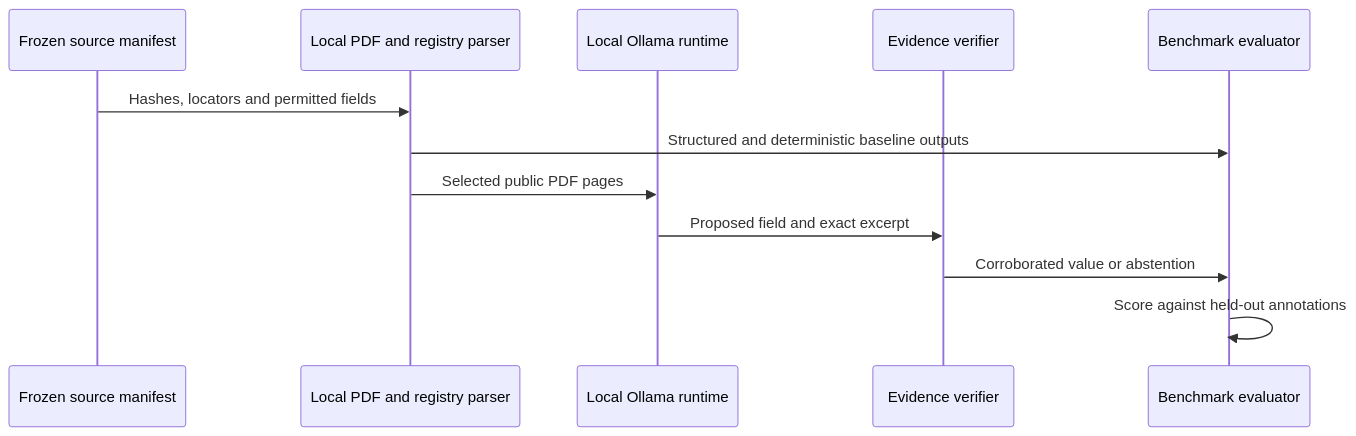
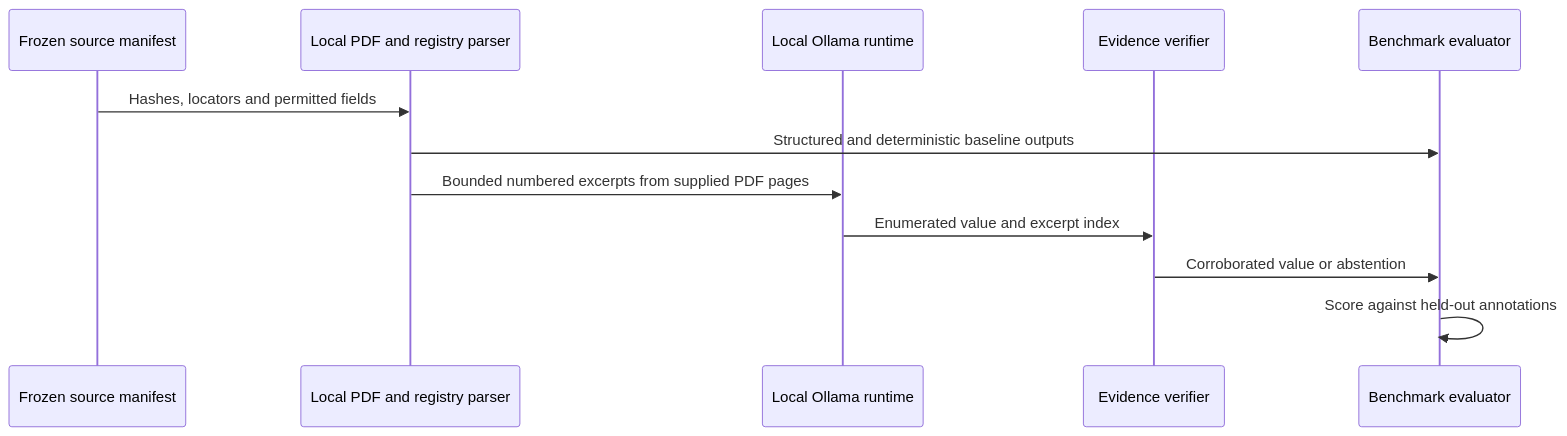
Before and after one commit to AbhinavVarma02/Patient-Outreach-Optimization: the second of 3 diagrams in docs/ARCHITECTURE.md, drawn with Mermaid. The commit also changed other lines of this file and 40 other files, not shown here.

````diff
--- a/docs/ARCHITECTURE.md
+++ b/docs/ARCHITECTURE.md
@@ -28,14 +35,14 @@
 ```mermaid
 sequenceDiagram
   participant R as Frozen source manifest
   participant P as Local PDF and registry parser
   participant L as Local Ollama runtime
   participant V as Evidence verifier
   participant E as Benchmark evaluator
   R->>P: Hashes, locators and permitted fields
   P->>E: Structured and deterministic baseline outputs
-  P->>L: Selected public PDF pages
-  L->>V: Proposed field and exact excerpt
+  P->>L: Bounded numbered excerpts from supplied PDF pages
+  L->>V: Enumerated value and excerpt index
   V->>E: Corroborated value or abstention
   E->>E: Score against held-out annotations
 ```
````
